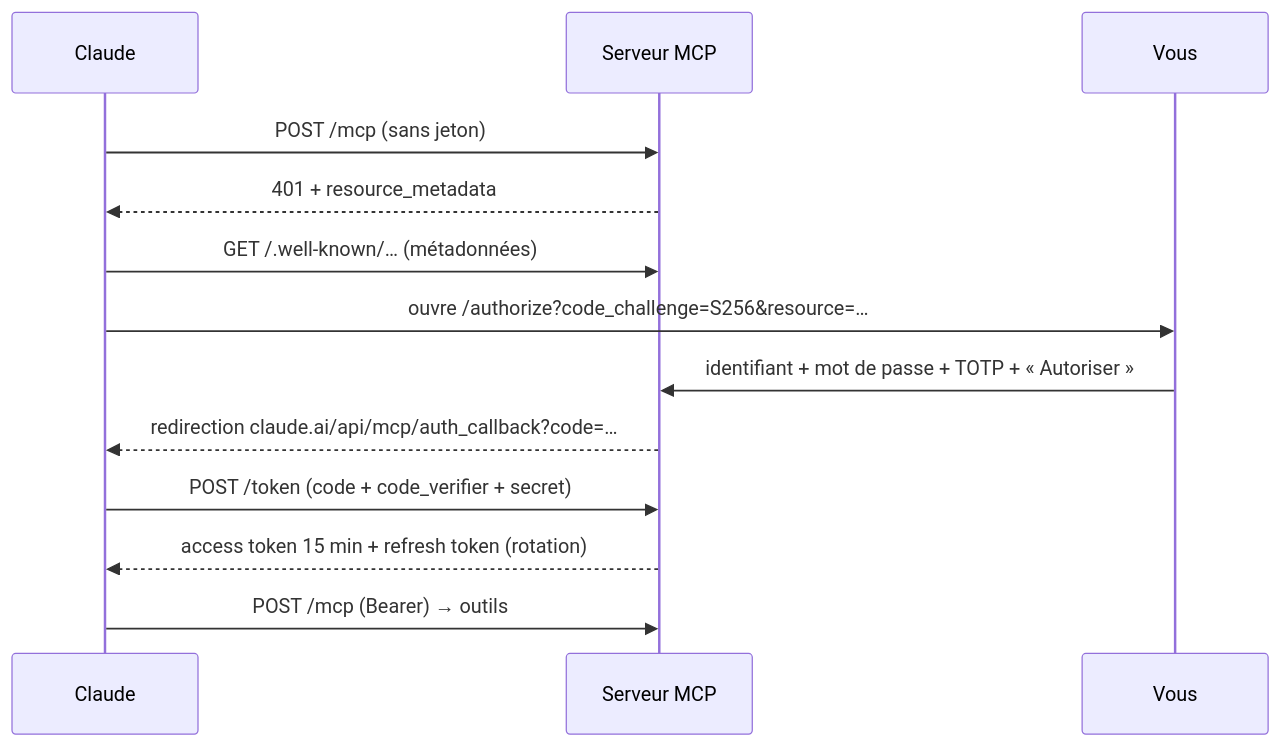
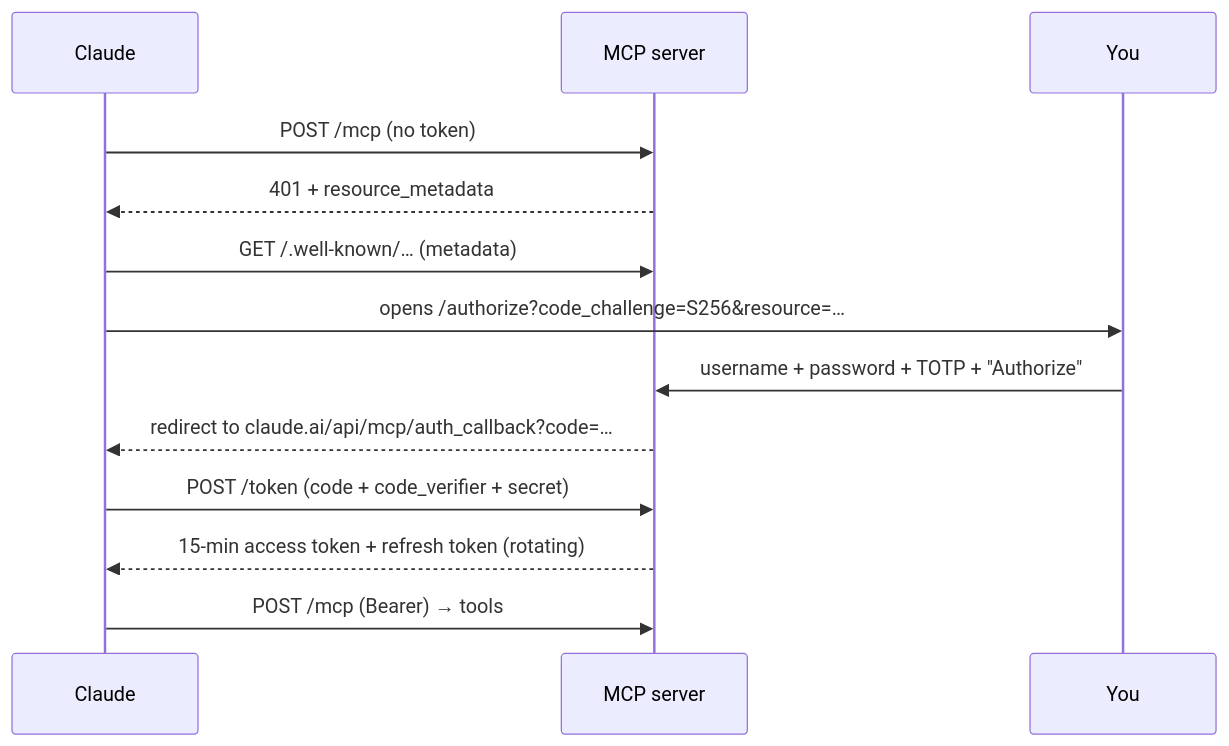
One commit to xiff/Mcp-php-mail changed the second of 2 diagrams in README.md. Above: the diagram before and after it, drawn with Mermaid. The commit also changed other lines of this file, not shown here.

````diff
--- a/README.md
+++ b/README.md
@@ -67,15 +67,15 @@
 ```mermaid
 sequenceDiagram
     participant C as Claude
-    participant S as Serveur MCP
-    participant U as Vous
-    C->>S: POST /mcp (sans jeton)
+    participant S as MCP server
+    participant U as You
+    C->>S: POST /mcp (no token)
     S-->>C: 401 + resource_metadata
-    C->>S: GET /.well-known/… (métadonnées)
-    C->>U: ouvre /authorize?code_challenge=S256&resource=…
-    U->>S: identifiant + mot de passe + TOTP + « Autoriser »
-    S-->>C: redirection claude.ai/api/mcp/auth_callback?code=…
+    C->>S: GET /.well-known/… (metadata)
+    C->>U: opens /authorize?code_challenge=S256&resource=…
+    U->>S: username + password + TOTP + "Authorize"
+    S-->>C: redirect to claude.ai/api/mcp/auth_callback?code=…
     C->>S: POST /token (code + code_verifier + secret)
-    S-->>C: access token 15 min + refresh token (rotation)
-    C->>S: POST /mcp (Bearer) → outils
+    S-->>C: 15-min access token + refresh token (rotating)
+    C->>S: POST /mcp (Bearer) → tools
 ```
````
